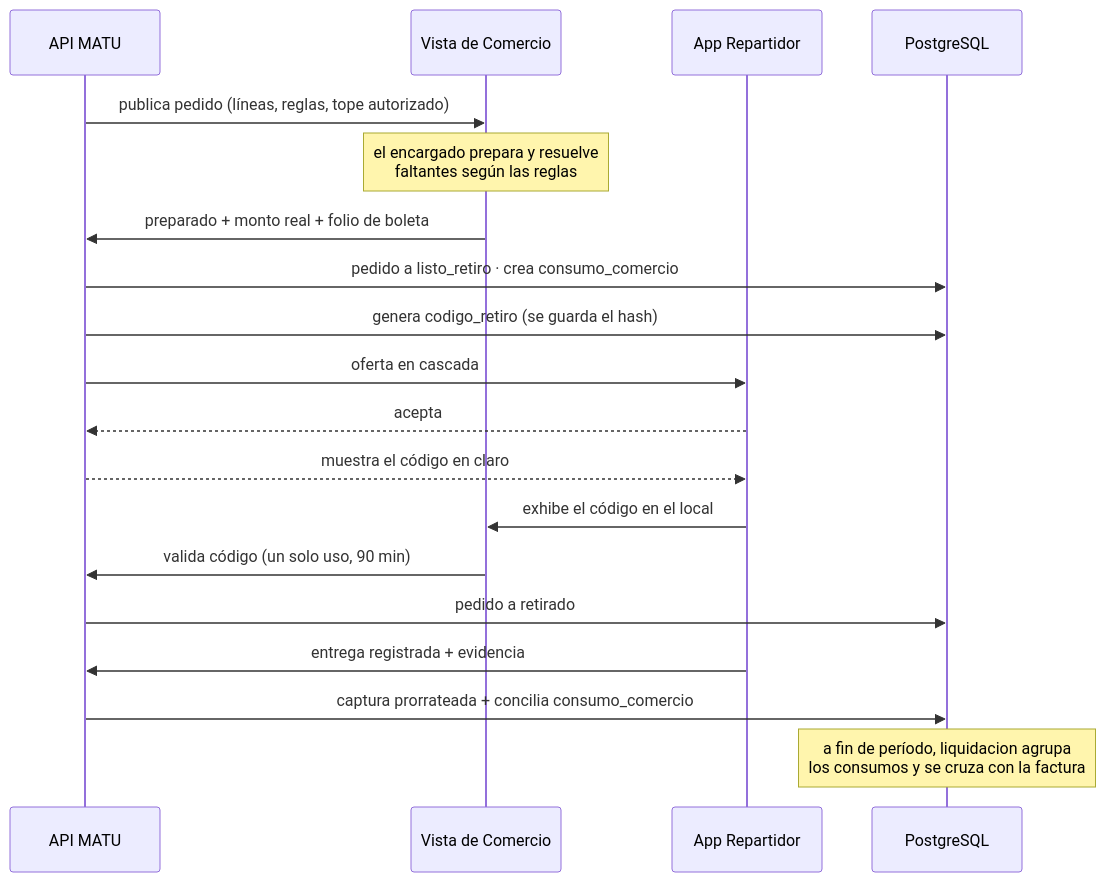
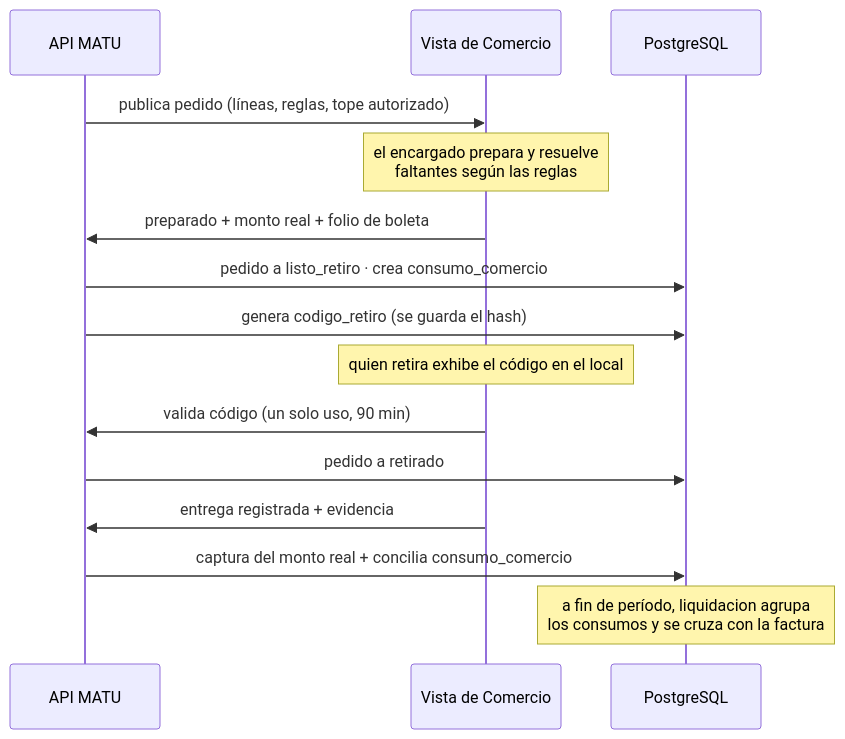
The ninth of 11 diagrams in Docs/arquitectura.md (MartinHenriquez131/MATU), drawn with Mermaid before and after one commit. The commit also changed other lines of this file, not shown here.

````diff
--- a/Docs/arquitectura.md
+++ b/Docs/arquitectura.md
@@ -933,22 +860,18 @@
 ```mermaid
 sequenceDiagram
     participant API as API MATU
     participant VC as Vista de Comercio
-    participant AR as App Repartidor
     participant DB as PostgreSQL
 
     API->>VC: publica pedido (líneas, reglas, tope autorizado)
     Note over VC: el encargado prepara y resuelve<br/>faltantes según las reglas
     VC->>API: preparado + monto real + folio de boleta
     API->>DB: pedido a listo_retiro · crea consumo_comercio
     API->>DB: genera codigo_retiro (se guarda el hash)
-    API->>AR: oferta en cascada
-    AR-->>API: acepta
-    API-->>AR: muestra el código en claro
-    AR->>VC: exhibe el código en el local
+    Note over VC: quien retira exhibe el código en el local
     VC->>API: valida código (un solo uso, 90 min)
     API->>DB: pedido a retirado
-    AR->>API: entrega registrada + evidencia
-    API->>DB: captura prorrateada + concilia consumo_comercio
+    VC->>API: entrega registrada + evidencia
+    API->>DB: captura del monto real + concilia consumo_comercio
     Note over DB: a fin de período, liquidacion agrupa<br/>los consumos y se cruza con la factura
 ```
````
